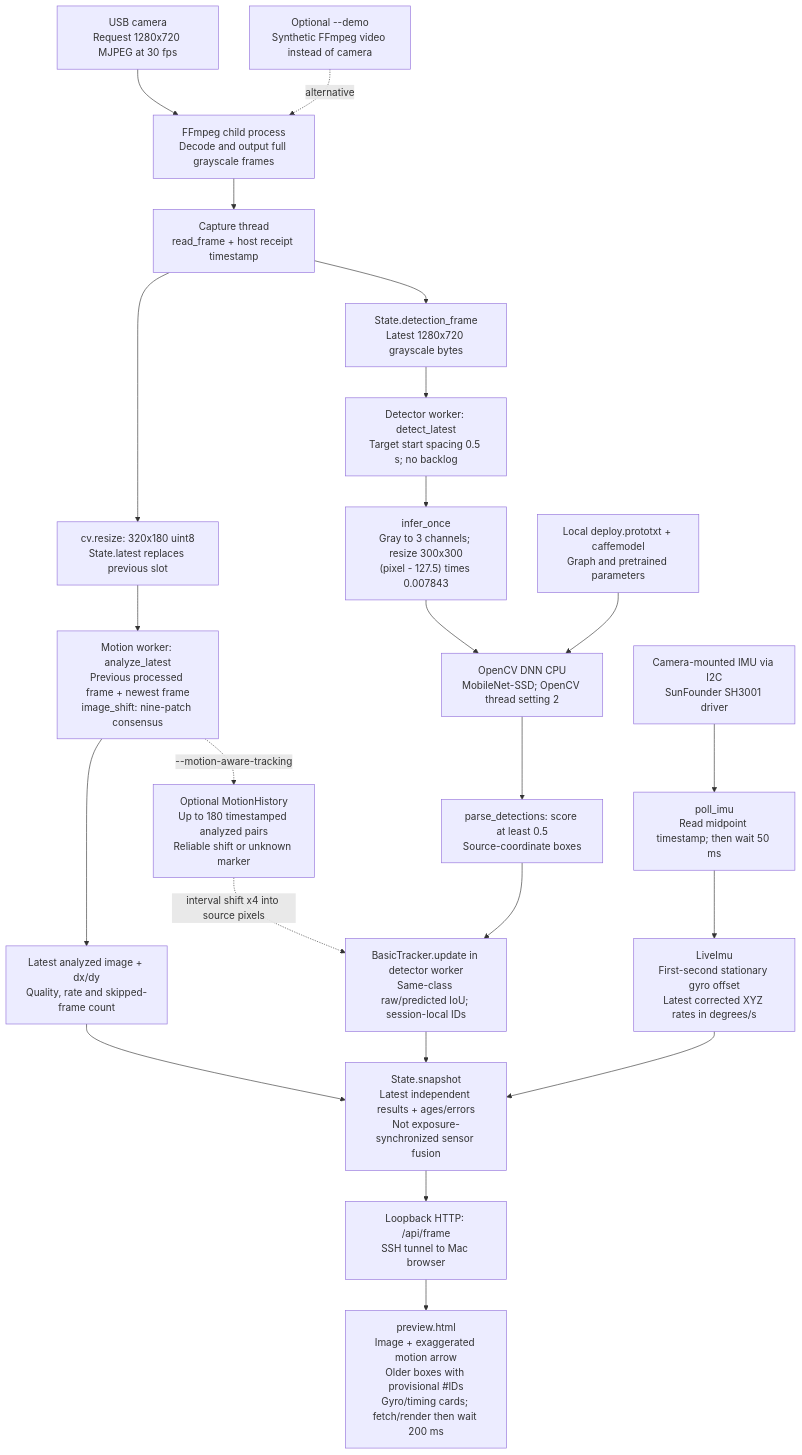
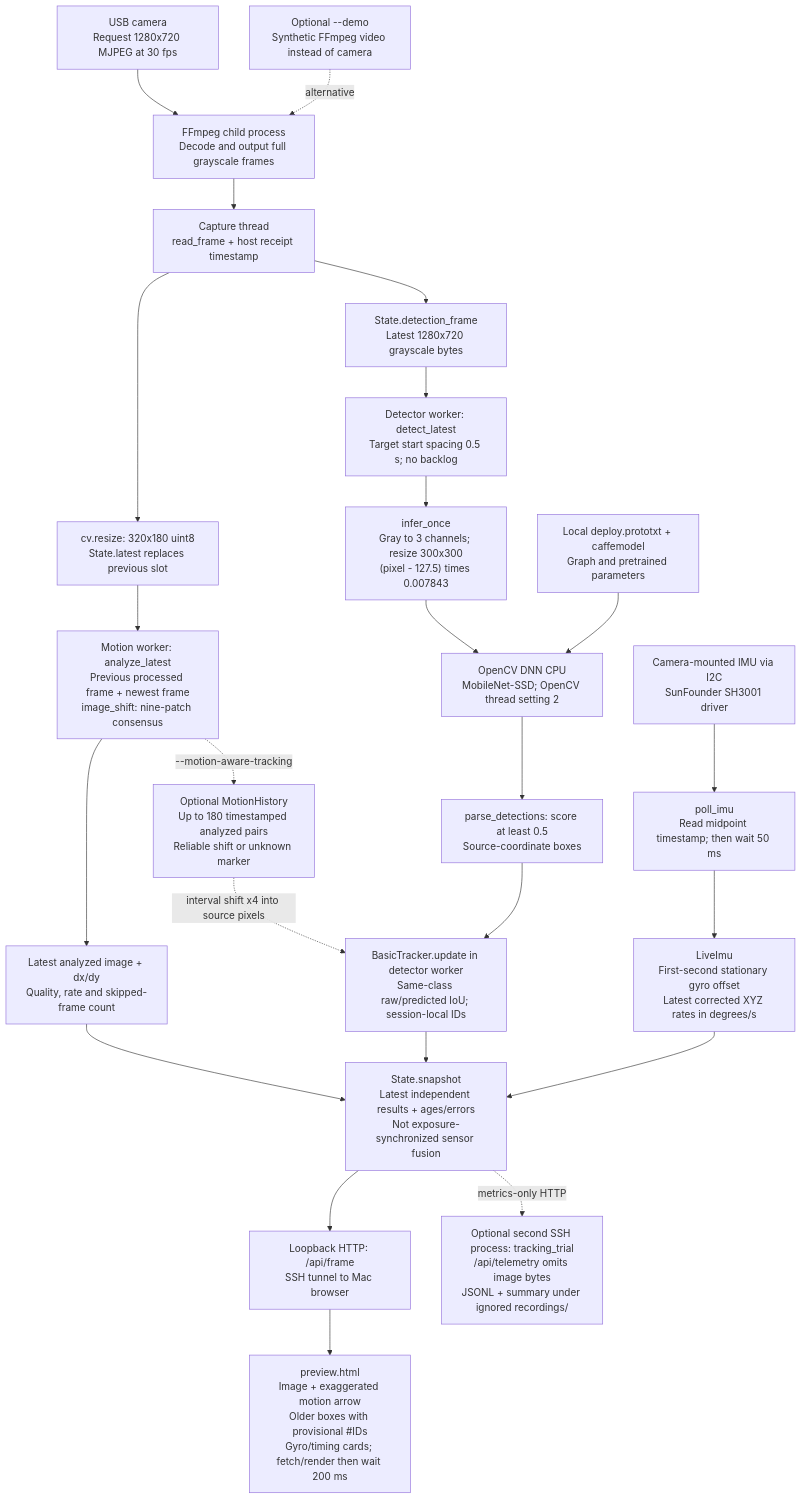
One commit to choir0322/edgexr changed the diagram in docs/PIPELINE.md. Above: the diagram before and after it, drawn with Mermaid. The commit also changed other lines of this file and 9 other files, not shown here.

````diff
--- a/docs/PIPELINE.md
+++ b/docs/PIPELINE.md
@@ -18,37 +18,39 @@
 ```mermaid
 flowchart TD
     CAMERA["USB camera<br/>Request 1280x720 MJPEG at 30 fps"]
     DEMO["Optional --demo<br/>Synthetic FFmpeg video instead of camera"]
     FF["FFmpeg child process<br/>Decode and output full grayscale frames"]
     CAP["Capture thread<br/>read_frame + host receipt timestamp"]
     SMALL["cv.resize: 320x180 uint8<br/>State.latest replaces previous slot"]
     MOTION["Motion worker: analyze_latest<br/>Previous processed frame + newest frame<br/>image_shift: nine-patch consensus"]
     RESULT["Latest analyzed image + dx/dy<br/>Quality, rate and skipped-frame count"]
     HISTORY["Optional MotionHistory<br/>Up to 180 timestamped analyzed pairs<br/>Reliable shift or unknown marker"]
     FULL["State.detection_frame<br/>Latest 1280x720 grayscale bytes"]
     DET["Detector worker: detect_latest<br/>Target start spacing 0.5 s; no backlog"]
     PRE["infer_once<br/>Gray to 3 channels; resize 300x300<br/>(pixel - 127.5) times 0.007843"]
     NET["OpenCV DNN CPU<br/>MobileNet-SSD; OpenCV thread setting 2"]
     BOX["parse_detections: score at least 0.5<br/>Source-coordinate boxes"]
     TRACK["BasicTracker.update in detector worker<br/>Same-class raw/predicted IoU; session-local IDs"]
     MODEL["Local deploy.prototxt + caffemodel<br/>Graph and pretrained parameters"]
     IMU["Camera-mounted IMU via I2C<br/>SunFounder SH3001 driver"]
     POLL["poll_imu<br/>Read midpoint timestamp; then wait 50 ms"]
     BIAS["LiveImu<br/>First-second stationary gyro offset<br/>Latest corrected XYZ rates in degrees/s"]
     STATE["State.snapshot<br/>Latest independent results + ages/errors<br/>Not exposure-synchronized sensor fusion"]
+    TRIAL["Optional second SSH process: tracking_trial<br/>/api/telemetry omits image bytes<br/>JSONL + summary under ignored recordings/"]
     WEB["Loopback HTTP: /api/frame<br/>SSH tunnel to Mac browser"]
     UI["preview.html<br/>Image + exaggerated motion arrow<br/>Older boxes with provisional #IDs<br/>Gyro/timing cards; fetch/render then wait 200 ms"]
     CAMERA --> FF
     DEMO -. alternative .-> FF
     FF --> CAP
     CAP --> SMALL --> MOTION --> RESULT
     MOTION -. "--motion-aware-tracking" .-> HISTORY
     CAP --> FULL --> DET --> PRE --> NET --> BOX --> TRACK
     MODEL --> NET
     HISTORY -. "interval shift x4 into source pixels" .-> TRACK
     IMU --> POLL --> BIAS
     RESULT --> STATE
     TRACK --> STATE
     BIAS --> STATE
     STATE --> WEB --> UI
+    STATE -. "metrics-only HTTP" .-> TRIAL
 ```
````
